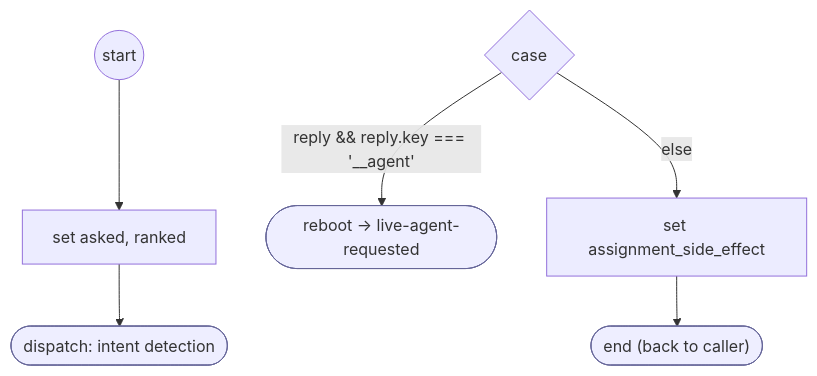
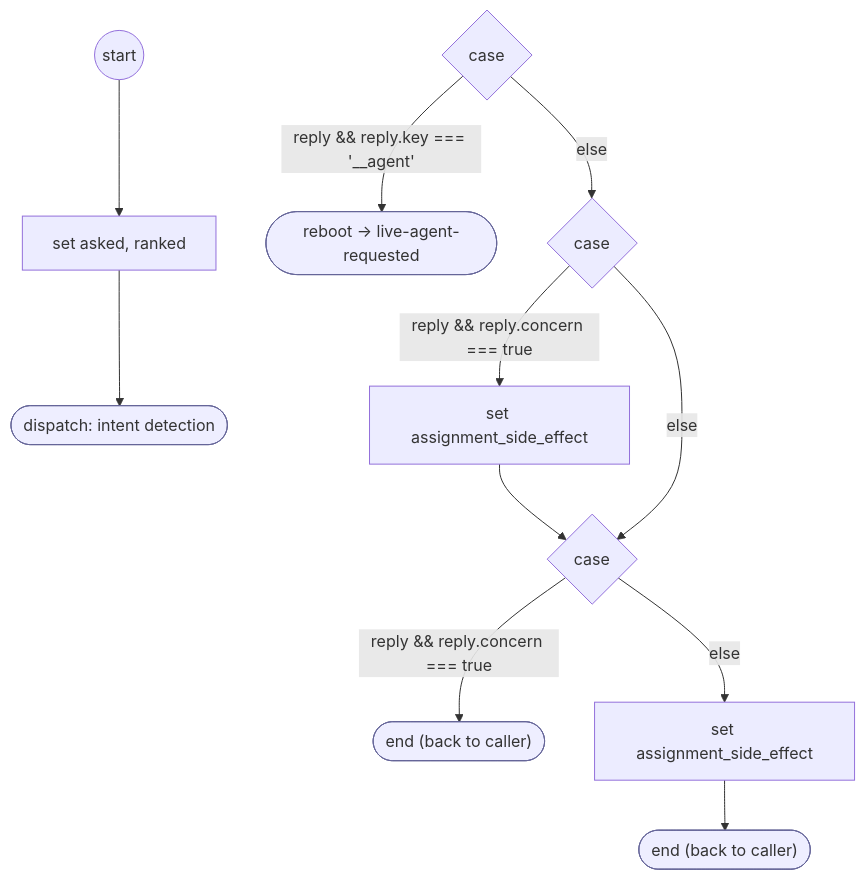
Before and after one commit to ronpinkas/jsfe: the diagram in docs/flows/system/read-form-reply.md, drawn with Mermaid. The commit also changed 5 other files, not shown here.

First line of the commit message:
jsfe docs/flows: regenerated for the prod reference copy (1b5eb9f), which landed without its flow docs (global-exit, the readers' CONCERN, contact-support's exit context).

````diff
--- a/docs/flows/system/read-form-reply.md
+++ b/docs/flows/system/read-form-reply.md
@@ -19,22 +19,32 @@
 ```mermaid
 flowchart TD
    START(("start"))
    n0["set asked, ranked"]
    START --> n0
    n1(["dispatch: intent detection"])
    class n1 endstep
    n0 --> n1
    c2{"case"}
    b3(["reboot → live-agent-requested"])
    class b3 endstep
    c2 -- "reply && reply.key === '__agent'" --> b3
-   n4["set assignment_side_effect"]
-   c2 -- "else" --> n4
+   c4{"case"}
+   c2 -- "else" --> c4
+   b5["set assignment_side_effect"]
+   c4 -- "reply && reply.concern === true" --> b5
+   c6{"case"}
+   b5 --> c6
+   c4 -- "else" --> c6
+   b7(["end (back to caller)"])
+   class b7 endstep
+   c6 -- "reply && reply.concern === true" --> b7
+   n8["set assignment_side_effect"]
+   c6 -- "else" --> n8
    DONE(["end (back to caller)"])
    class DONE endstep
-   n4 --> DONE
+   n8 --> DONE
    classDef endstep fill:#eef,stroke:#669
    classDef toolstep fill:#efe,stroke:#696
    classDef flowstep fill:#fef6e0,stroke:#b80
    classDef inputstep fill:#f3eefc,stroke:#75a
 ```
````
